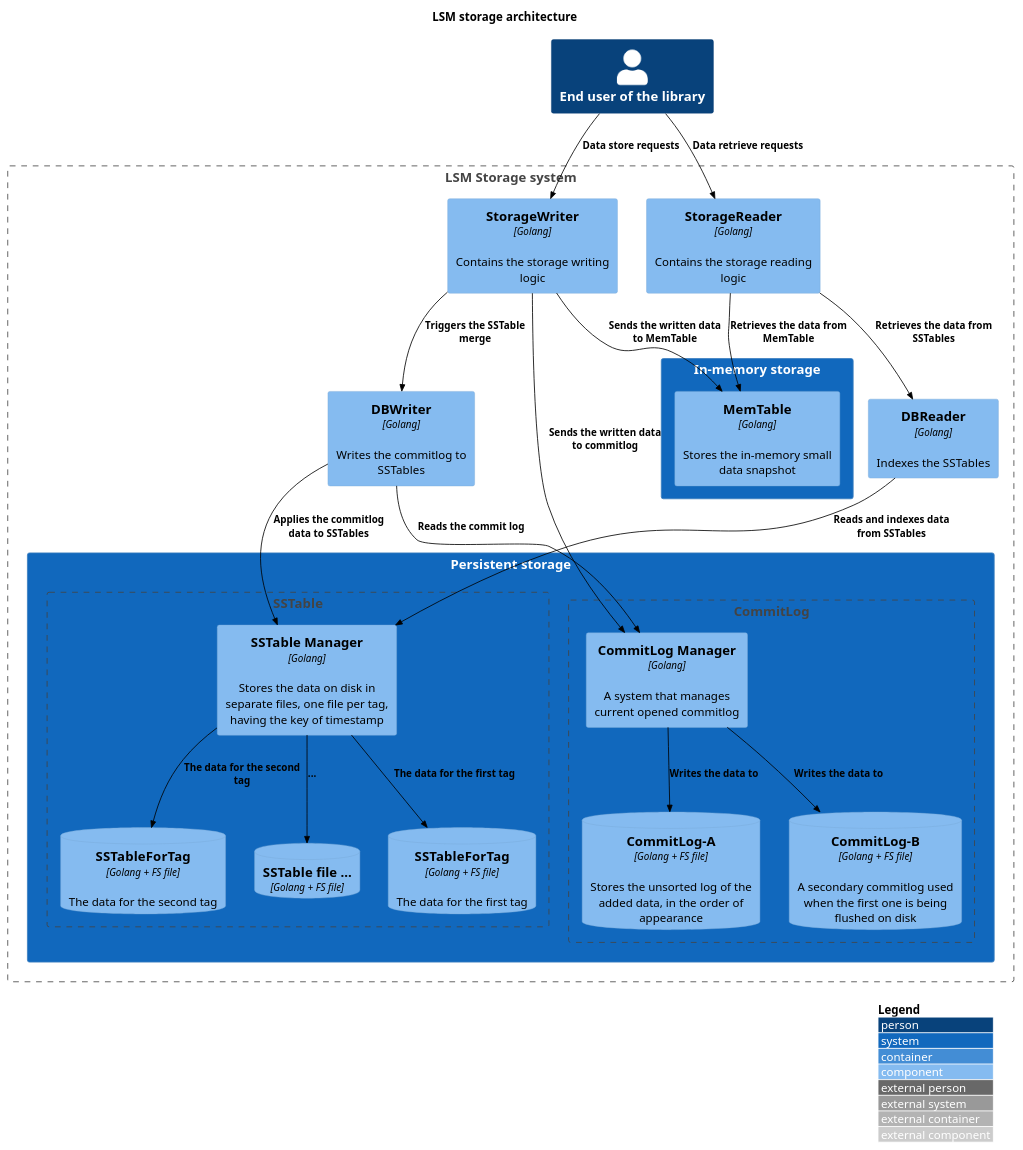
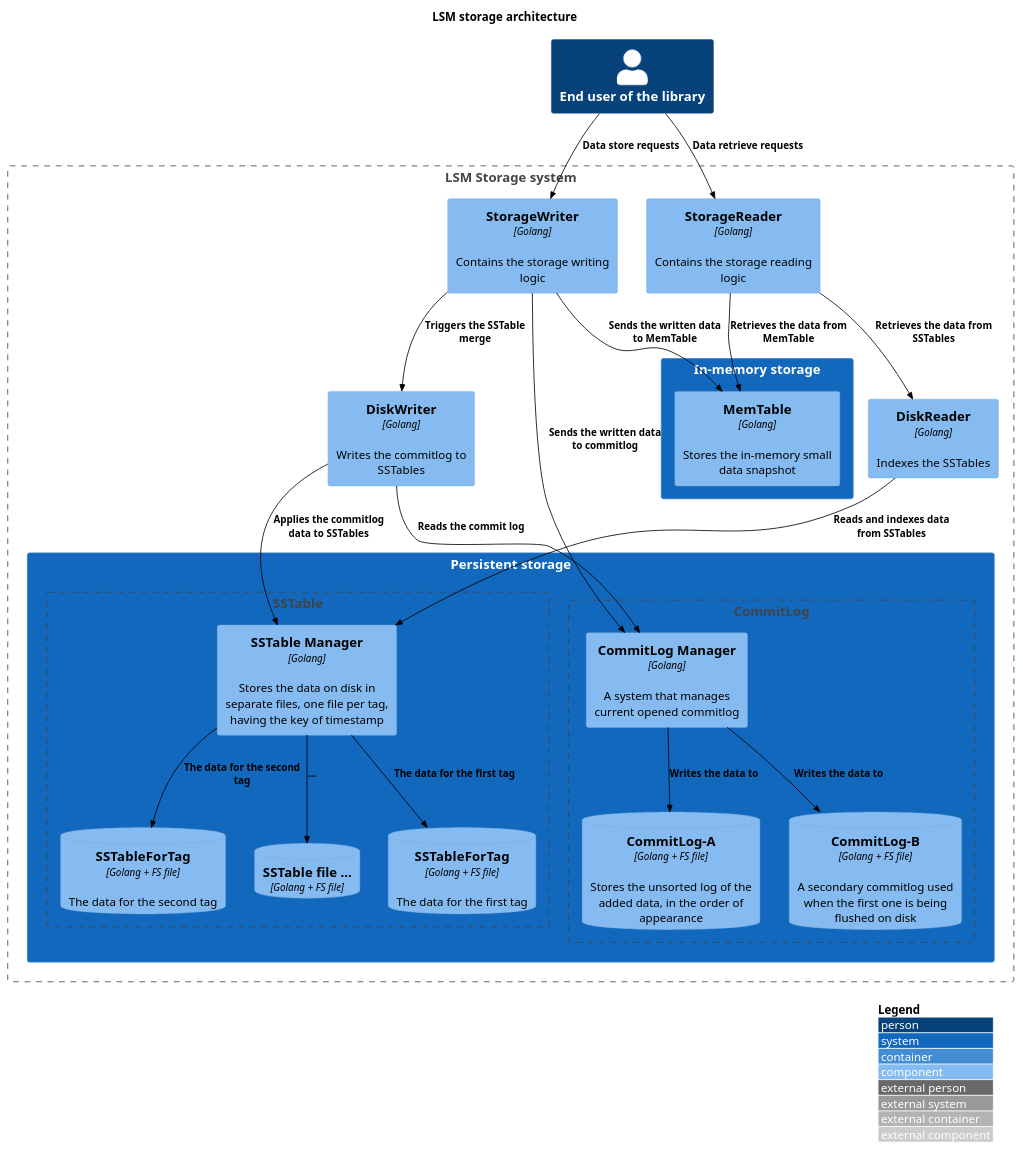
Before and after one commit to nikita-tomilov/golsm: the diagram in architecture.puml, drawn with PlantUML. The commit also changed 11 other files, not shown here.

Commit message:
all: introduce DiskWriter

```diff
--- a/architecture.puml
+++ b/architecture.puml
@@ -1,68 +1,68 @@
 @startuml
 !include https://raw.githubusercontent.com/RicardoNiepel/C4-PlantUML/release/1-0/C4_Component.puml
 
 ' This is called C4 Component Diagram
 
 LAYOUT_WITH_LEGEND()
 
 title LSM storage architecture
 
 skinparam sequence {
     ArrowColor Black
     ArrowFontColor Black
 }
 
 Person(user, "End user of the library")
 
 Boundary(storage, "LSM Storage system") {
 
     System(inmem, "In-memory storage") {
         Component(memtable, "MemTable", "Golang", "Stores the in-memory small data snapshot")
     }
 
     System(persistent, "Persistent storage") {
 
         Boundary(commitlog_system, "CommitLog") {
             Component(commitlogManager, "CommitLog Manager", "Golang", "A system that manages current opened commitlog")
             ComponentDb(commitlogA, "CommitLog-A", "Golang + FS file", "Stores the unsorted log of the added data, in the order of appearance")
             ComponentDb(commitlogB, "CommitLog-B", "Golang + FS file", "A secondary commitlog used when the first one is being flushed on disk")
         }
 
         Boundary(sstable_system, "SSTable") {
             Component(sstable, "SSTable Manager", "Golang", "Stores the data on disk in separate files, one file per tag, having the key of timestamp")
             ComponentDb(dbfile1, "SSTableForTag", "Golang + FS file", "The data for the first tag")
             ComponentDb(dbfile2, "SSTableForTag", "Golang + FS file", "The data for the second tag")
             ComponentDb(dbfile3, "SSTable file ...", "Golang + FS file", "")
         }
     }
 
-    Component(dbwriter, "DBWriter", "Golang", "Writes the commitlog to SSTables")
-    Component(dbreader, "DBReader", "Golang", "Indexes the SSTables")
+    Component(dbwriter, "DiskWriter", "Golang", "Writes the commitlog to SSTables")
+    Component(dbreader, "DiskReader", "Golang", "Indexes the SSTables")
 
     Component(swriter, "StorageWriter", "Golang", "Contains the storage writing logic")
     Component(sreader, "StorageReader", "Golang", "Contains the storage reading logic")
 }
 
 
 Rel(sstable, dbfile1, "The data for the first tag")
 Rel(sstable, dbfile2, "The data for the second tag")
 Rel(sstable, dbfile3, "...")
 
 Rel(commitlogManager, commitlogA, "Writes the data to")
 Rel(commitlogManager, commitlogB, "Writes the data to")
 
 Rel(dbwriter, commitlogManager, "Reads the commit log")
 Rel(dbwriter, sstable, "Applies the commitlog data to SSTables")
 Rel(dbreader, sstable, "Reads and indexes data from SSTables")
 
 Rel(swriter, commitlogManager, "Sends the written data to commitlog")
 Rel(swriter, memtable, "Sends the written data to MemTable")
 Rel(swriter, dbwriter, "Triggers the SSTable merge")
 
 Rel(sreader, memtable, "Retrieves the data from MemTable")
 Rel(sreader, dbreader, "Retrieves the data from SSTables")
 
 Rel(user, sreader, "Data retrieve requests")
 Rel(user, swriter, "Data store requests")
 
 @enduml
```
